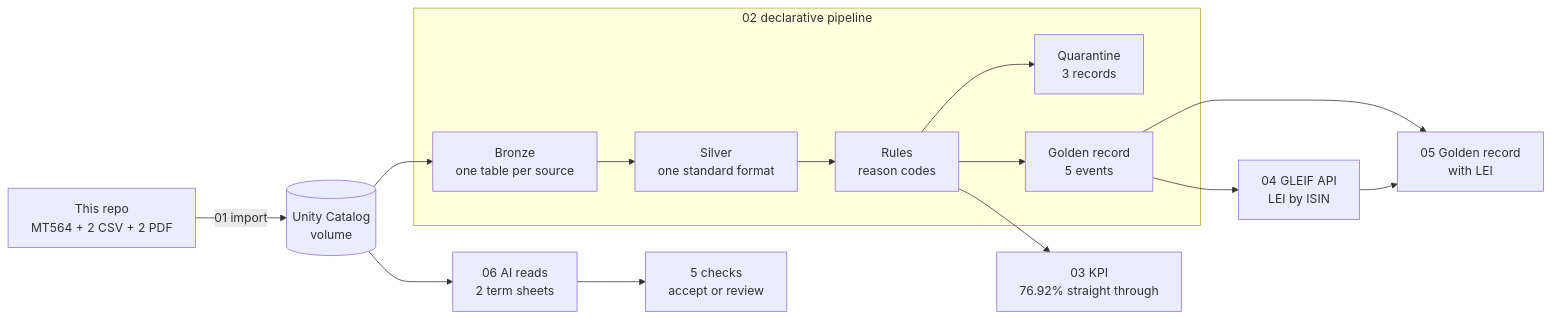
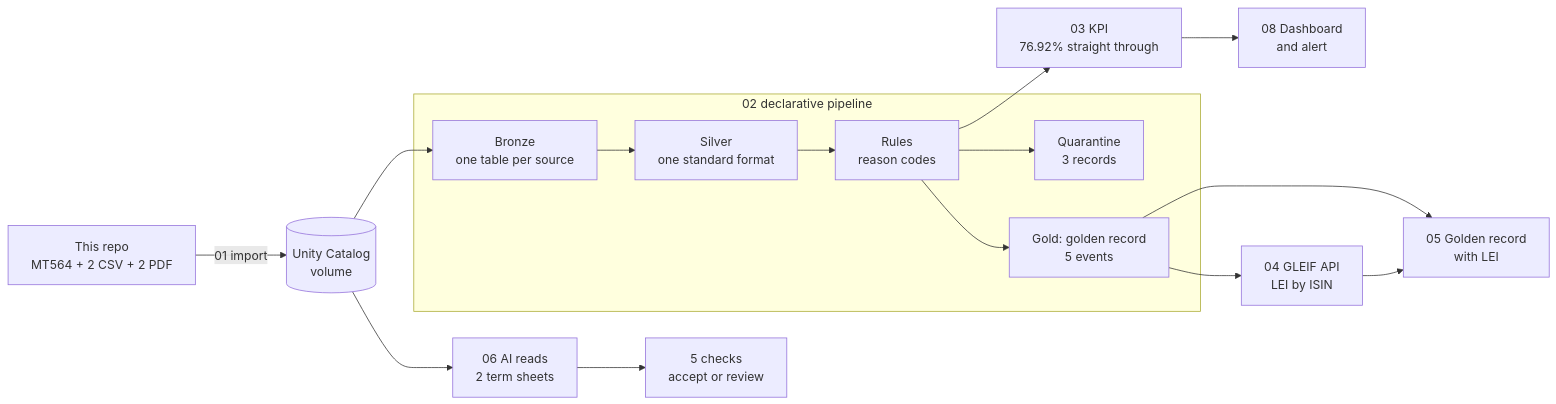
Before and after one commit to Theocrite2/six-trades-data: the diagram in README.md, drawn with Mermaid. The commit also changed other lines of this file, not shown here.

````diff
--- a/README.md
+++ b/README.md
@@ -11,16 +13,17 @@
 ```mermaid
 flowchart LR
     GH["This repo<br/>MT564 + 2 CSV + 2 PDF"] -->|"01 import"| VOL[("Unity Catalog<br/>volume")]
     subgraph PIPE["02 declarative pipeline"]
         BR["Bronze<br/>one table per source"] --> SI["Silver<br/>one standard format"]
         SI --> CH["Rules<br/>reason codes"]
         CH --> QU["Quarantine<br/>3 records"]
-        CH --> GO["Golden record<br/>5 events"]
+        CH --> GO["Gold: golden record<br/>5 events"]
     end
     VOL --> BR
     CH --> KPI["03 KPI<br/>76.92% straight through"]
+    KPI --> MON["08 Dashboard<br/>and alert"]
     GO --> LEI["04 GLEIF API<br/>LEI by ISIN"]
     GO --> JN["05 Golden record<br/>with LEI"]
     LEI --> JN
     VOL --> TS["06 AI reads<br/>2 term sheets"] --> TR["5 checks<br/>accept or review"]
 ```
````
